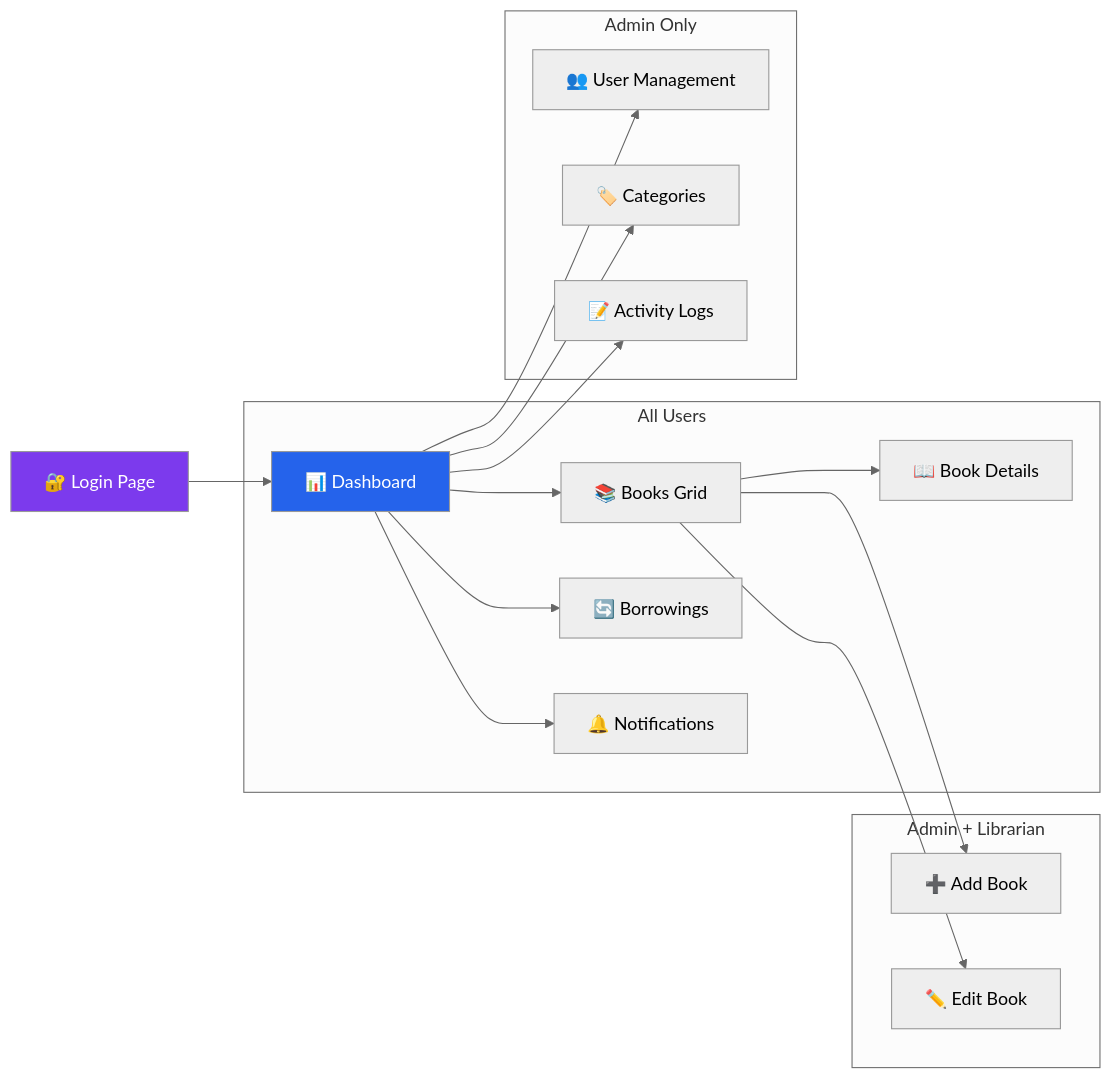
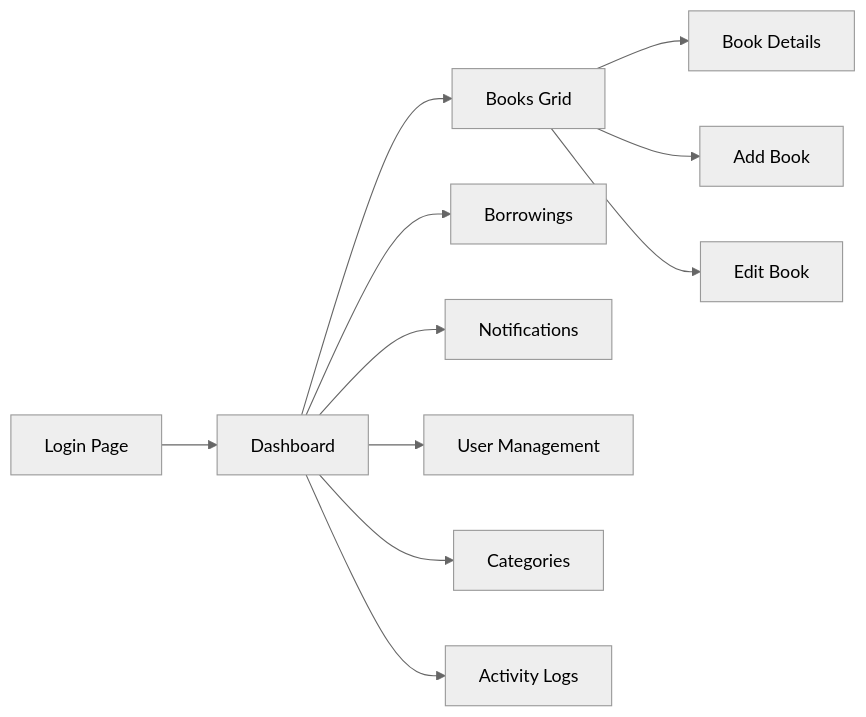
Before and after one commit to ahmed0913/library: the sixth of 6 diagrams in README.md, drawn with Mermaid (neutral theme). The commit also changed other lines of this file and 5 other files, not shown here.

````diff
--- a/README.md
+++ b/README.md
@@ -565,37 +584,13 @@
 ```mermaid
 graph LR
-    Login["🔐 Login Page"]
-    Login --> Dashboard
-
-    subgraph "All Users"
-        Dashboard["📊 Dashboard"]
-        Books["📚 Books Grid"]
-        BookDetail["📖 Book Details"]
-        Borrowings["🔄 Borrowings"]
-        Notifications["🔔 Notifications"]
-    end
-
-    subgraph "Admin Only"
-        Users["👥 User Management"]
-        Categories["🏷️ Categories"]
-        Logs["📝 Activity Logs"]
-    end
-
-    subgraph "Admin + Librarian"
-        AddBook["➕ Add Book"]
-        EditBook["✏️ Edit Book"]
-    end
-
-    Dashboard --> Books
-    Books --> BookDetail
-    Books --> AddBook
-    Books --> EditBook
-    Dashboard --> Borrowings
-    Dashboard --> Notifications
-    Dashboard --> Users
-    Dashboard --> Categories
-    Dashboard --> Logs
-
-    style Login fill:#7c3aed,color:#fff
-    style Dashboard fill:#2563eb,color:#fff
+    Login["Login Page"] --> Dashboard["Dashboard"]
+    Dashboard --> Books["Books Grid"]
+    Dashboard --> Borrowings["Borrowings"]
+    Dashboard --> Notifications["Notifications"]
+    Dashboard --> Users["User Management"]
+    Dashboard --> Categories["Categories"]
+    Dashboard --> Logs["Activity Logs"]
+    Books --> BookDetail["Book Details"]
+    Books --> AddBook["Add Book"]
+    Books --> EditBook["Edit Book"]
 ```
````
